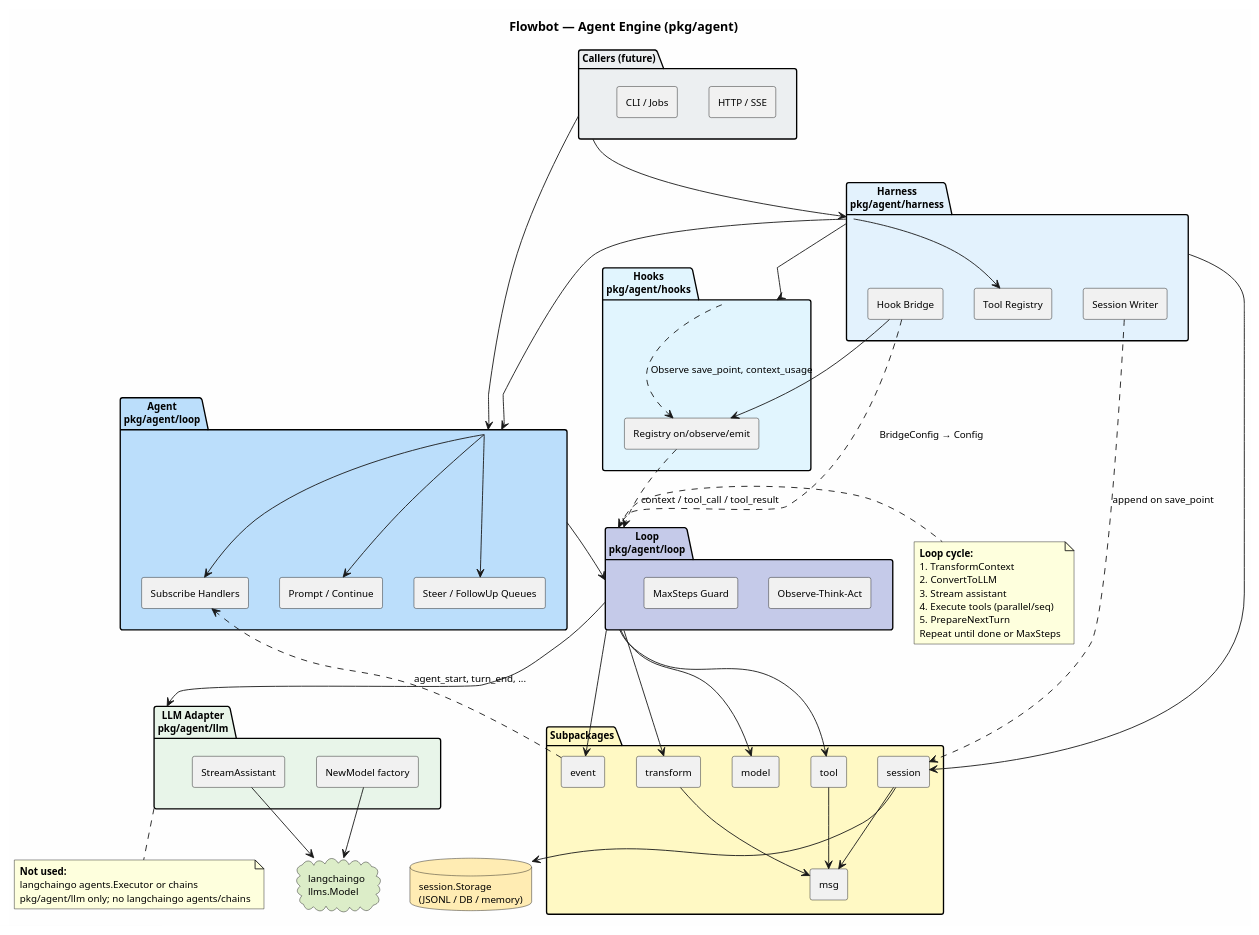
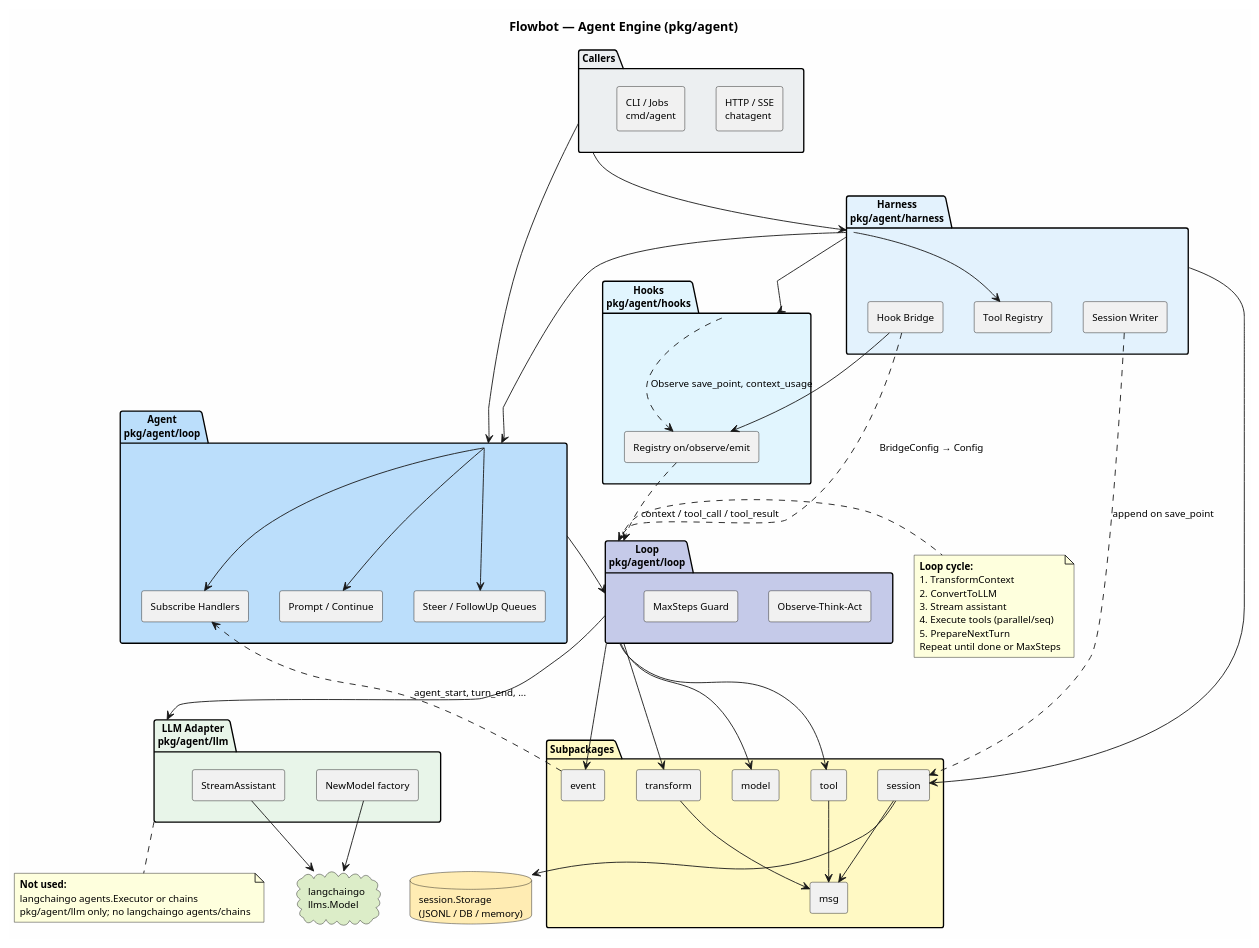
One commit to flowline-io/flowbot changed the diagram in docs/agent/agent.puml. Above: the diagram before and after it, drawn with PlantUML. The commit also changed 21 other files, not shown here.

```diff
--- a/docs/agent/agent.puml
+++ b/docs/agent/agent.puml
@@ -1,106 +1,106 @@
 @startuml Agent Engine
 ' =============================================================================
 ' Flowbot Agent Engine (pkg/agent)
 ' Render: plantuml docs/agent/agent.puml
 ' =============================================================================
 
 skinparam componentStyle rectangle
 skinparam backgroundColor #FEFEFE
 skinparam defaultFontSize 11
 
 title Flowbot — Agent Engine (pkg/agent)
 
-package "Callers (future)" as Callers #ECEFF1 {
-  [HTTP / SSE] as HTTP
-  [CLI / Jobs] as CLI
+package "Callers" as Callers #ECEFF1 {
+  [HTTP / SSE\nchatagent] as HTTP
+  [CLI / Jobs\ncmd/agent] as CLI
 }
 
 package "Harness\npkg/agent/harness" as Harness #E3F2FD {
   [Session Writer] as SessWrite
   [Tool Registry] as HReg
   [Hook Bridge] as HBridge
 }
 
 package "Hooks\npkg/agent/hooks" as HooksPkg #E1F5FE {
   [Registry on/observe/emit] as HookReg
 }
 
 package "Agent\npkg/agent/loop" as AgentPkg #BBDEFB {
   [Prompt / Continue] as Prompt
   [Steer / FollowUp Queues] as Queues
   [Subscribe Handlers] as Subs
 }
 
 package "Loop\npkg/agent/loop" as Loop #C5CAE9 {
   [Observe-Think-Act] as OTA
   [MaxSteps Guard] as Guard
 }
 
 package "Subpackages" as Sub #FFF9C4 {
   [tool] as ToolPkg
   [transform] as TransformPkg
   [session] as SessionPkg
   [model] as ModelPkg
   [event] as EventPkg
   [msg] as MsgPkg
 }
 
 package "LLM Adapter\npkg/agent/llm" as LLM #E8F5E9 {
   [StreamAssistant] as Stream
   [NewModel factory] as Factory
 }
 
 cloud "langchaingo\nllms.Model" as LangchainGo #DCEDC8
 
 database "session.Storage\n(JSONL / DB / memory)" as Storage #FFECB3
 
 Callers --> Harness
 Callers --> AgentPkg
 Harness --> AgentPkg
 Harness --> SessionPkg
 Harness --> HReg
 Harness --> HooksPkg
 HBridge --> HookReg
 HBridge ..> Loop : BridgeConfig → Config
 
 AgentPkg --> Loop
 AgentPkg --> Subs
 AgentPkg --> Queues
 AgentPkg --> Prompt
 
 Loop --> ToolPkg
 Loop --> TransformPkg
 Loop --> LLM
 Loop --> EventPkg
 Loop --> ModelPkg
 
 ToolPkg --> MsgPkg
 TransformPkg --> MsgPkg
 SessionPkg --> MsgPkg
 SessionPkg --> Storage
 
 Stream --> LangchainGo
 Factory --> LangchainGo
 
 HookReg ..> Loop : context / tool_call / tool_result
 SessWrite ..> SessionPkg : append on save_point
 HooksPkg ..> HookReg : Observe save_point, context_usage
 EventPkg ..> Subs : agent_start, turn_end, ...
 
 note right of Loop
   <b>Loop cycle:</b>
   1. TransformContext
   2. ConvertToLLM
   3. Stream assistant
   4. Execute tools (parallel/seq)
   5. PrepareNextTurn
   Repeat until done or MaxSteps
 end note
 
 note bottom of LLM
   <b>Not used:</b>
   langchaingo agents.Executor or chains
   pkg/agent/llm only; no langchaingo agents/chains
 end note
 
 @enduml
```
